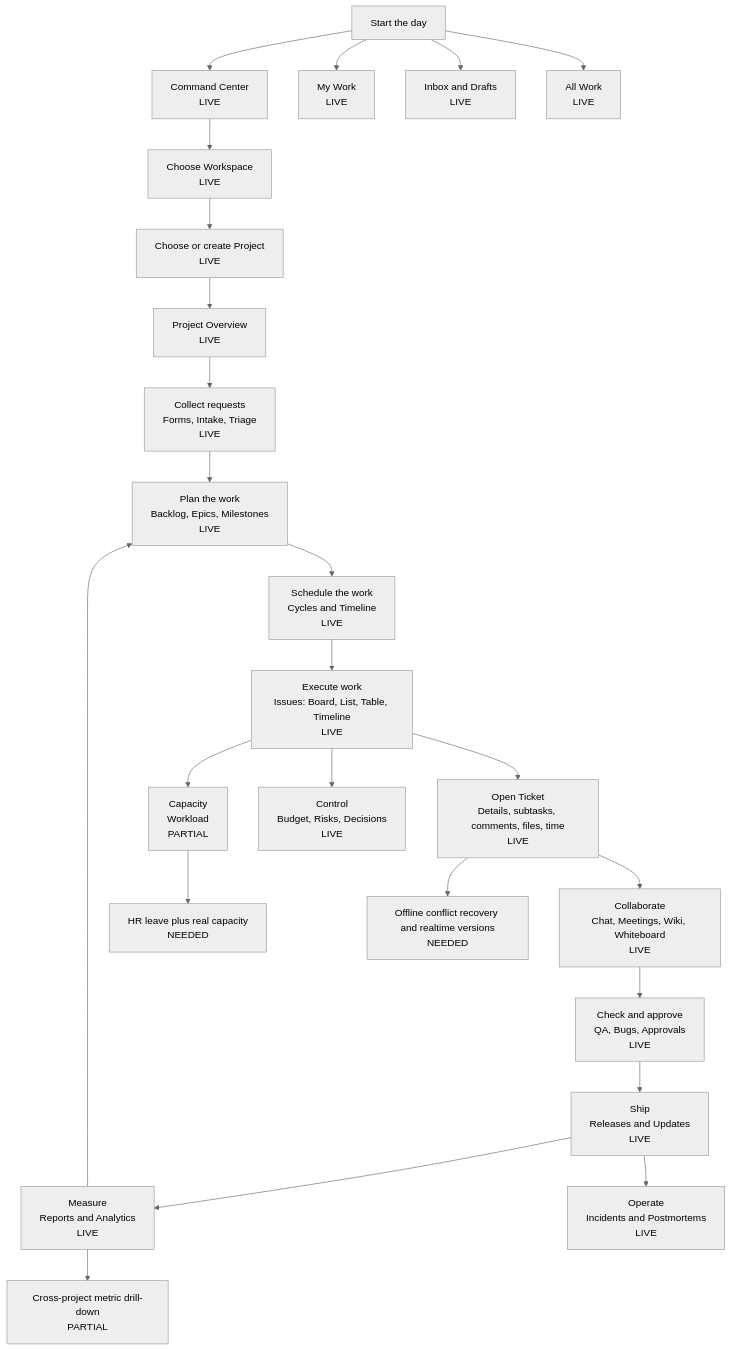
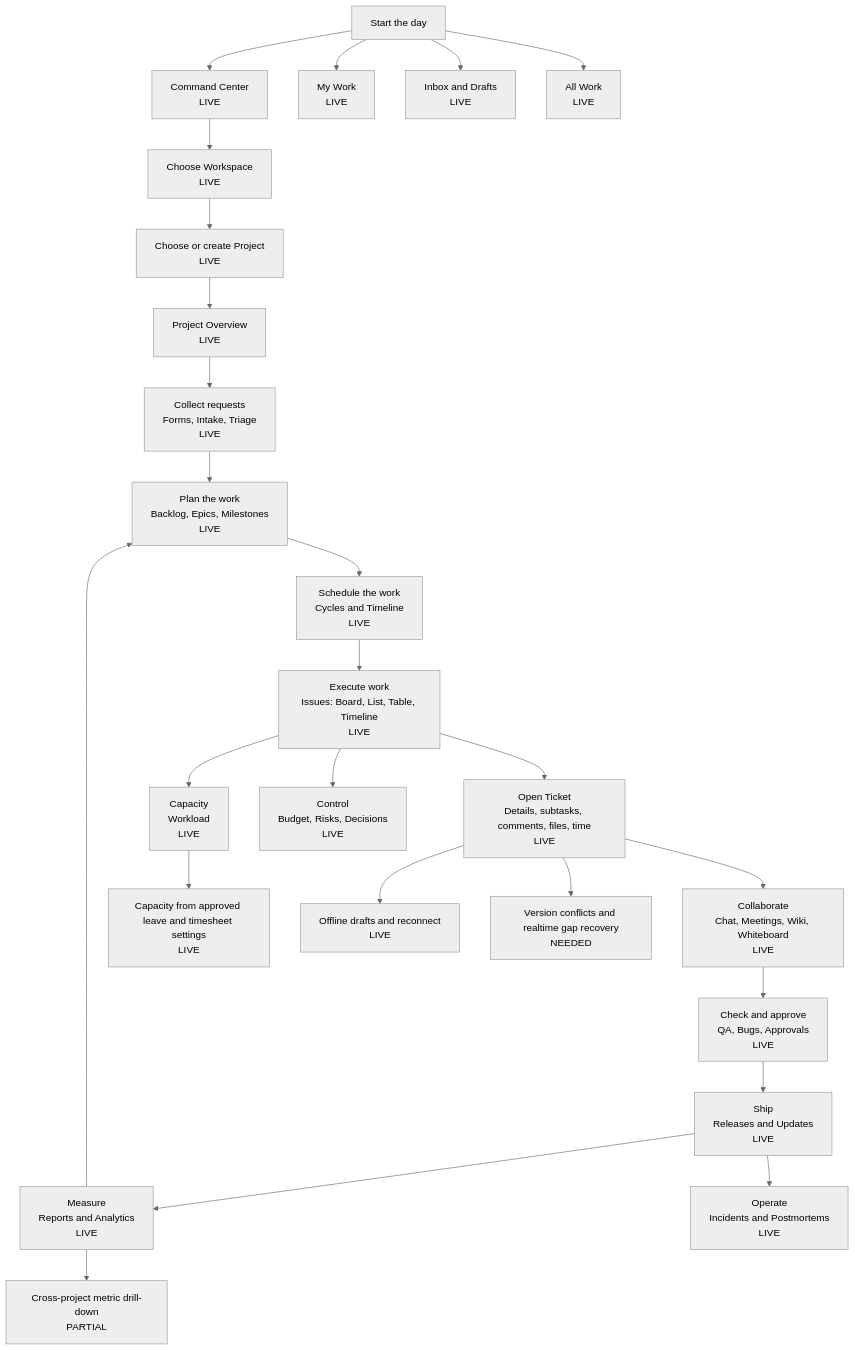
The first of 3 diagrams in docs/build-module/08-build-os-flowcharts.md (Startupppp/streamlineos-frontend), drawn with Mermaid (neutral theme) before and after one commit. The commit also changed other lines of this file and 4 other files, not shown here.

````diff
--- a/docs/build-module/08-build-os-flowcharts.md
+++ b/docs/build-module/08-build-os-flowcharts.md
@@ -26,30 +28,31 @@
 ```mermaid
 flowchart TD
     A[Start the day] --> B[Command Center<br/>LIVE]
     A --> C[My Work<br/>LIVE]
     A --> D[Inbox and Drafts<br/>LIVE]
     A --> E[All Work<br/>LIVE]
 
     B --> F[Choose Workspace<br/>LIVE]
     F --> G[Choose or create Project<br/>LIVE]
     G --> H[Project Overview<br/>LIVE]
 
     H --> I[Collect requests<br/>Forms, Intake, Triage<br/>LIVE]
     I --> J[Plan the work<br/>Backlog, Epics, Milestones<br/>LIVE]
     J --> K[Schedule the work<br/>Cycles and Timeline<br/>LIVE]
     K --> L[Execute work<br/>Issues: Board, List, Table, Timeline<br/>LIVE]
     L --> M[Open Ticket<br/>Details, subtasks, comments, files, time<br/>LIVE]
     M --> N[Collaborate<br/>Chat, Meetings, Wiki, Whiteboard<br/>LIVE]
     N --> O[Check and approve<br/>QA, Bugs, Approvals<br/>LIVE]
     O --> P[Ship<br/>Releases and Updates<br/>LIVE]
     P --> Q[Measure<br/>Reports and Analytics<br/>LIVE]
     Q --> J
 
-    L --> R[Capacity<br/>Workload<br/>PARTIAL]
+    L --> R[Capacity<br/>Workload<br/>LIVE]
     L --> S[Control<br/>Budget, Risks, Decisions<br/>LIVE]
     P --> T[Operate<br/>Incidents and Postmortems<br/>LIVE]
 
-    R --> U[HR leave plus real capacity<br/>NEEDED]
+    R --> U[Capacity from approved leave and timesheet settings<br/>LIVE]
     Q --> V[Cross-project metric drill-down<br/>PARTIAL]
-    M --> W[Offline conflict recovery and realtime versions<br/>NEEDED]
+    M --> W[Offline drafts and reconnect<br/>LIVE]
+    M --> X[Version conflicts and realtime gap recovery<br/>NEEDED]
 ```
````
